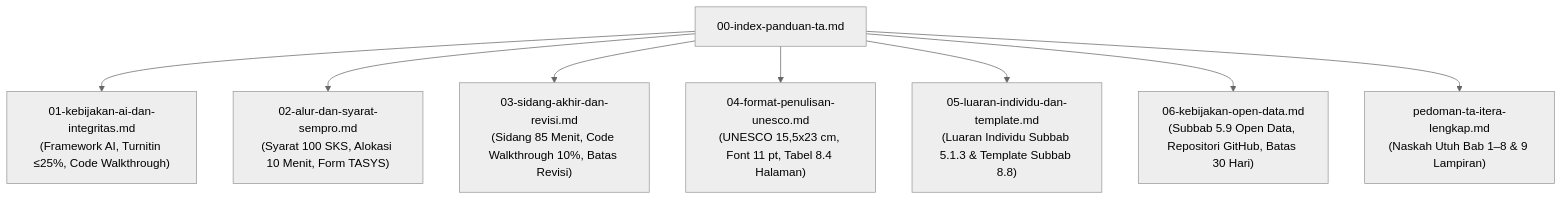
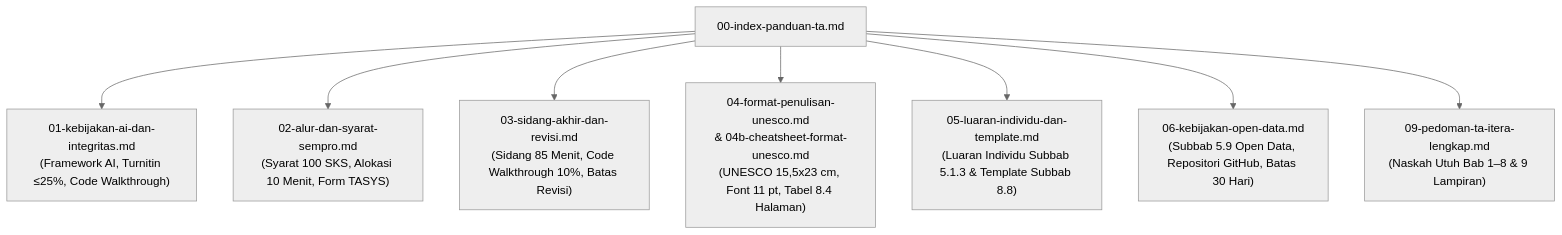
The diagram in 07-panduan-ta/00-index-panduan-ta.md (cengkooo/Catatan-Logs-TA), drawn with Mermaid (neutral theme) before and after one commit. The commit also changed other lines of this file and 44 other files, not shown here.

````diff
--- a/07-panduan-ta/00-index-panduan-ta.md
+++ b/07-panduan-ta/00-index-panduan-ta.md
@@ -19,10 +19,10 @@
 ```mermaid
 flowchart TD
     Index["00-index-panduan-ta.md"] --> M1["01-kebijakan-ai-dan-integritas.md<br/>(Framework AI, Turnitin ≤25%, Code Walkthrough)"]
     Index --> M2["02-alur-dan-syarat-sempro.md<br/>(Syarat 100 SKS, Alokasi 10 Menit, Form TASYS)"]
     Index --> M3["03-sidang-akhir-dan-revisi.md<br/>(Sidang 85 Menit, Code Walkthrough 10%, Batas Revisi)"]
-    Index --> M4["04-format-penulisan-unesco.md<br/>(UNESCO 15,5x23 cm, Font 11 pt, Tabel 8.4 Halaman)"]
+    Index --> M4["04-format-penulisan-unesco.md<br/>& 04b-cheatsheet-format-unesco.md<br/>(UNESCO 15,5x23 cm, Font 11 pt, Tabel 8.4 Halaman)"]
     Index --> M5["05-luaran-individu-dan-template.md<br/>(Luaran Individu Subbab 5.1.3 & Template Subbab 8.8)"]
     Index --> M6["06-kebijakan-open-data.md<br/>(Subbab 5.9 Open Data, Repositori GitHub, Batas 30 Hari)"]
-    Index --> Full["pedoman-ta-itera-lengkap.md<br/>(Naskah Utuh Bab 1–8 & 9 Lampiran)"]
+    Index --> Full["09-pedoman-ta-itera-lengkap.md<br/>(Naskah Utuh Bab 1–8 & 9 Lampiran)"]
 ```
````
